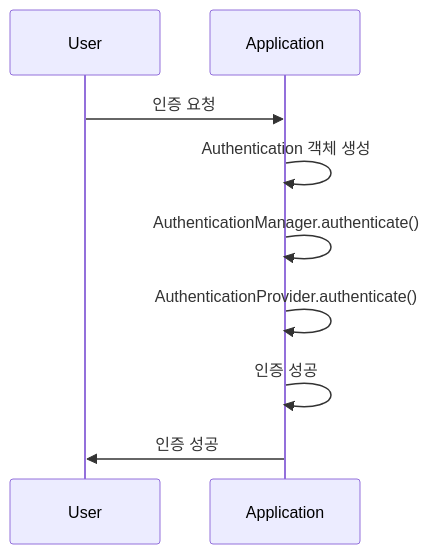
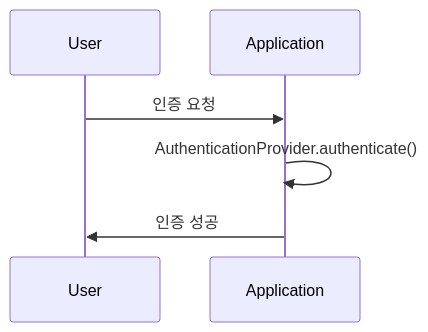
One commit to Junnyjun/junlog changed the diagram in spring/books/spring-security-in-action/undefined-4.md. Above: the diagram before and after it, drawn with Mermaid.

Commit message:
book - spring security in action chap3

````diff
--- a/spring/books/spring-security-in-action/undefined-4.md
+++ b/spring/books/spring-security-in-action/undefined-4.md
@@ -24,11 +24,8 @@
 ```mermaid
 sequenceDiagram
     participant U as User
     participant A as Application
     U->>A: 인증 요청
-    A->>A: Authentication 객체 생성
-    A->>A: AuthenticationManager.authenticate()
     A->>A: AuthenticationProvider.authenticate()
-    A->>A: 인증 성공
     A->>U: 인증 성공
 ```
````
